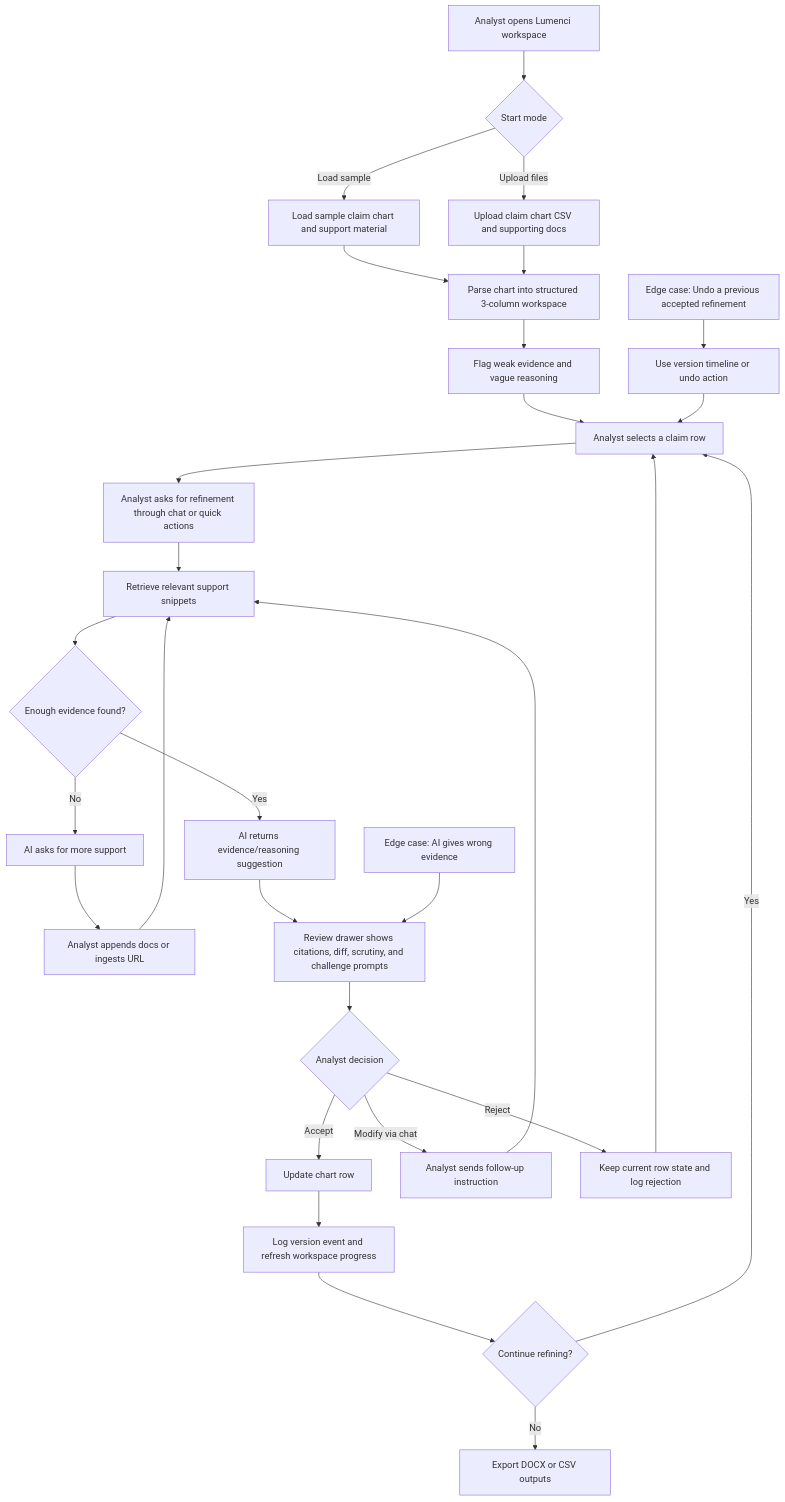
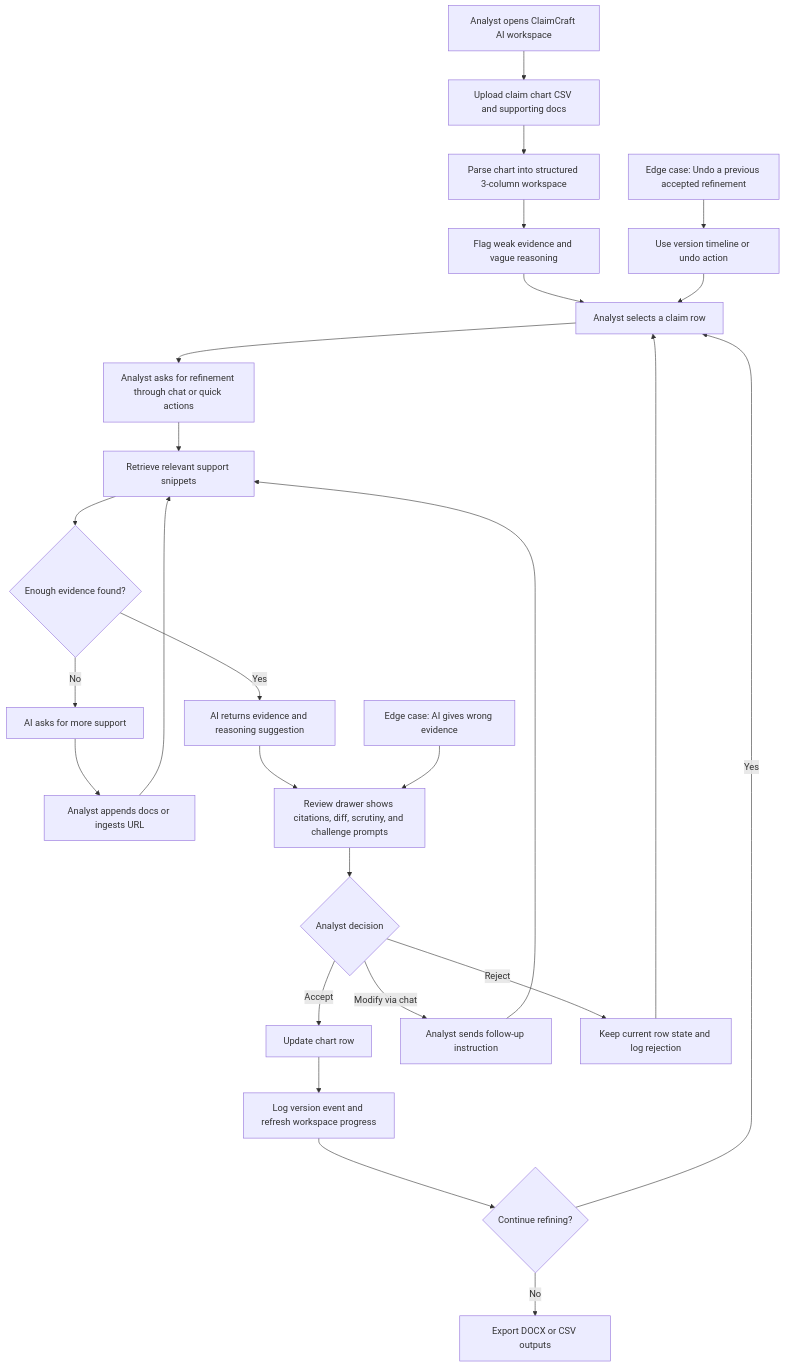
One commit to Monish-Nallagondalla/Lumenci_ai changed the diagram in CURRENT_USER_FLOW.mmd. Above: the diagram before and after it, drawn with Mermaid. The commit also changed 23 other files, not shown here.

```diff
--- a/CURRENT_USER_FLOW.mmd
+++ b/CURRENT_USER_FLOW.mmd
@@ -1,29 +1,26 @@
 flowchart TD
-    A[Analyst opens Lumenci workspace] --> B{Start mode}
-    B -->|Load sample| C[Load sample claim chart and support material]
-    B -->|Upload files| D[Upload claim chart CSV and supporting docs]
-    C --> E[Parse chart into structured 3-column workspace]
-    D --> E
-    E --> F[Flag weak evidence and vague reasoning]
-    F --> G[Analyst selects a claim row]
-    G --> H[Analyst asks for refinement through chat or quick actions]
-    H --> I[Retrieve relevant support snippets]
-    I --> J{Enough evidence found?}
-    J -->|No| K[AI asks for more support]
-    K --> L[Analyst appends docs or ingests URL]
-    L --> I
-    J -->|Yes| M[AI returns evidence/reasoning suggestion]
-    M --> N[Review drawer shows citations, diff, scrutiny, and challenge prompts]
-    N --> O{Analyst decision}
-    O -->|Accept| P[Update chart row]
-    P --> Q[Log version event and refresh workspace progress]
-    Q --> R{Continue refining?}
-    R -->|Yes| G
-    R -->|No| S[Export DOCX or CSV outputs]
-    O -->|Modify via chat| T[Analyst sends follow-up instruction]
-    T --> I
-    O -->|Reject| U[Keep current row state and log rejection]
-    U --> G
-    V[Edge case: AI gives wrong evidence] --> N
-    W[Edge case: Undo a previous accepted refinement] --> X[Use version timeline or undo action]
-    X --> G
+    A[Analyst opens ClaimCraft AI workspace] --> B[Upload claim chart CSV and supporting docs]
+    B --> C[Parse chart into structured 3-column workspace]
+    C --> D[Flag weak evidence and vague reasoning]
+    D --> E[Analyst selects a claim row]
+    E --> F[Analyst asks for refinement through chat or quick actions]
+    F --> G[Retrieve relevant support snippets]
+    G --> H{Enough evidence found?}
+    H -->|No| I[AI asks for more support]
+    I --> J[Analyst appends docs or ingests URL]
+    J --> G
+    H -->|Yes| K[AI returns evidence and reasoning suggestion]
+    K --> L[Review drawer shows citations, diff, scrutiny, and challenge prompts]
+    L --> M{Analyst decision}
+    M -->|Accept| N[Update chart row]
+    N --> O[Log version event and refresh workspace progress]
+    O --> P{Continue refining?}
+    P -->|Yes| E
+    P -->|No| Q[Export DOCX or CSV outputs]
+    M -->|Modify via chat| R[Analyst sends follow-up instruction]
+    R --> G
+    M -->|Reject| S[Keep current row state and log rejection]
+    S --> E
+    T[Edge case: AI gives wrong evidence] --> L
+    U[Edge case: Undo a previous accepted refinement] --> V[Use version timeline or undo action]
+    V --> E
```
